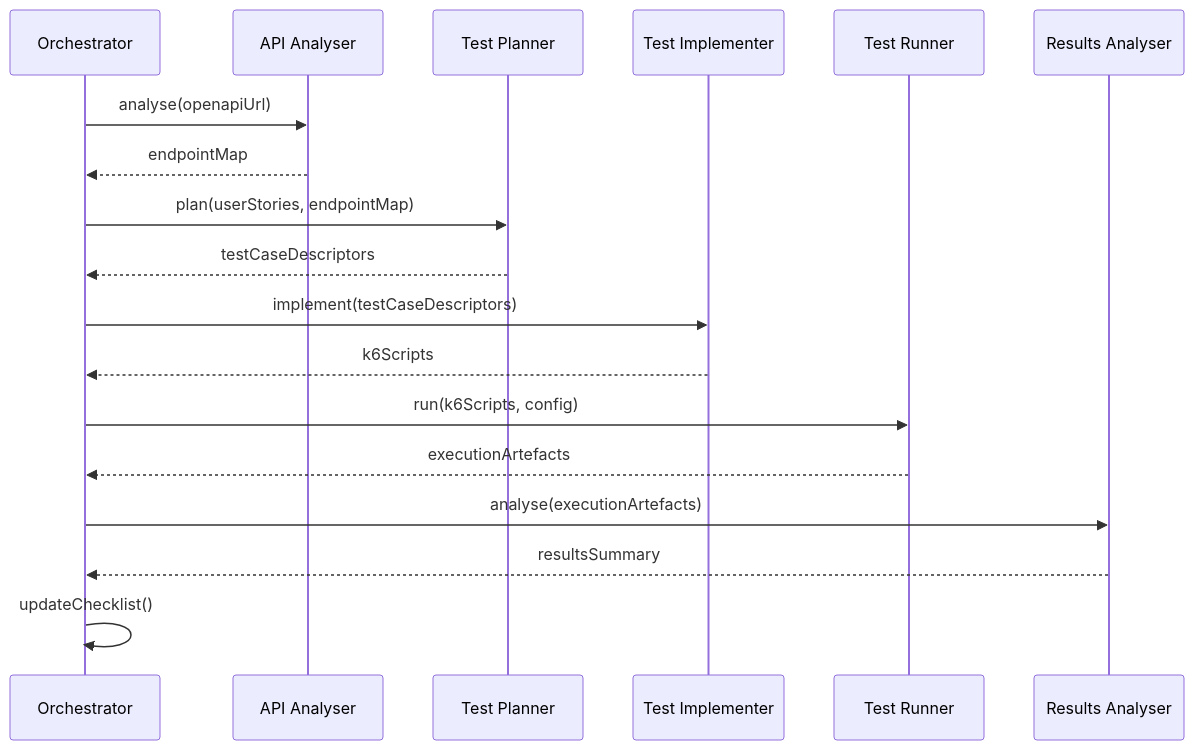
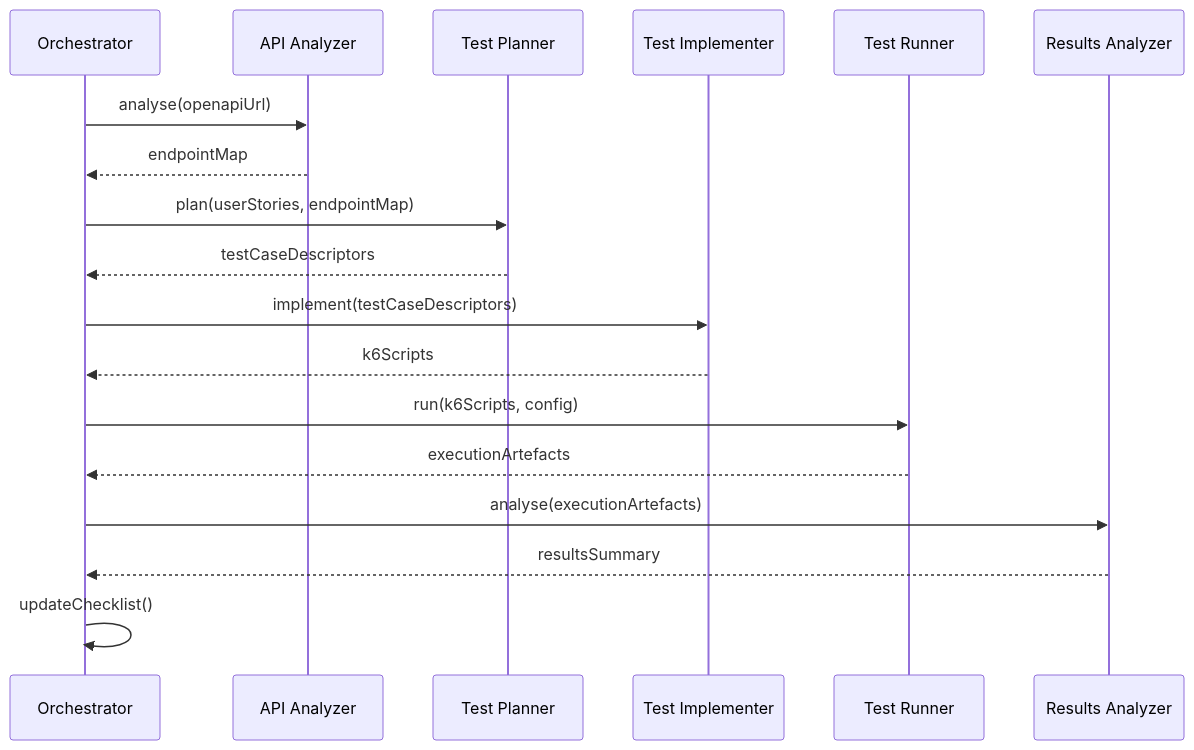
The fifth of 5 diagrams in docs/plans/wp-12-ai-agent-test-automation.md (aydabd/k6-performance-tests), drawn with Mermaid before and after one commit. The commit also changed other lines of this file, not shown here.

Commit message:
docs: use American English spelling (Analyzer) in WP-12 plan

````diff
--- a/docs/plans/wp-12-ai-agent-test-automation.md
+++ b/docs/plans/wp-12-ai-agent-test-automation.md
@@ -233,21 +233,21 @@
 ```mermaid
 sequenceDiagram
     participant O as Orchestrator
-    participant AA as API Analyser
+    participant AA as API Analyzer
     participant TP as Test Planner
     participant TI as Test Implementer
     participant TR as Test Runner
-    participant RA as Results Analyser
+    participant RA as Results Analyzer
 
     O->>AA: analyse(openapiUrl)
     AA-->>O: endpointMap
     O->>TP: plan(userStories, endpointMap)
     TP-->>O: testCaseDescriptors
     O->>TI: implement(testCaseDescriptors)
     TI-->>O: k6Scripts
     O->>TR: run(k6Scripts, config)
     TR-->>O: executionArtefacts
     O->>RA: analyse(executionArtefacts)
     RA-->>O: resultsSummary
     O->>O: updateChecklist()
 ```
````
